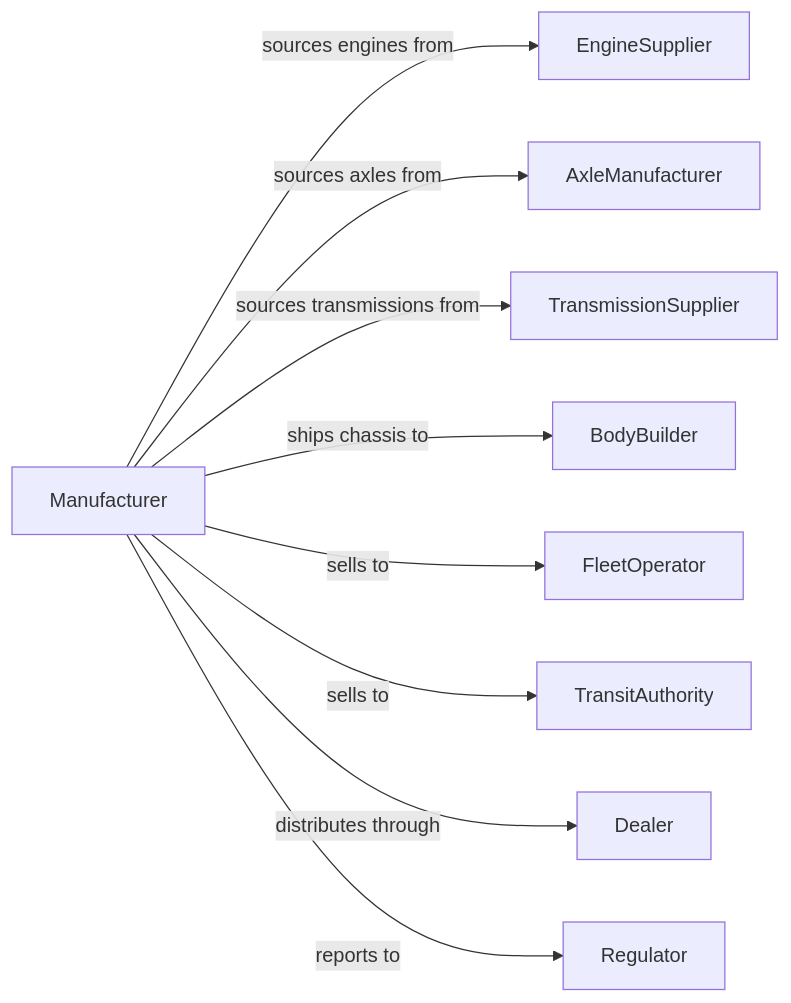
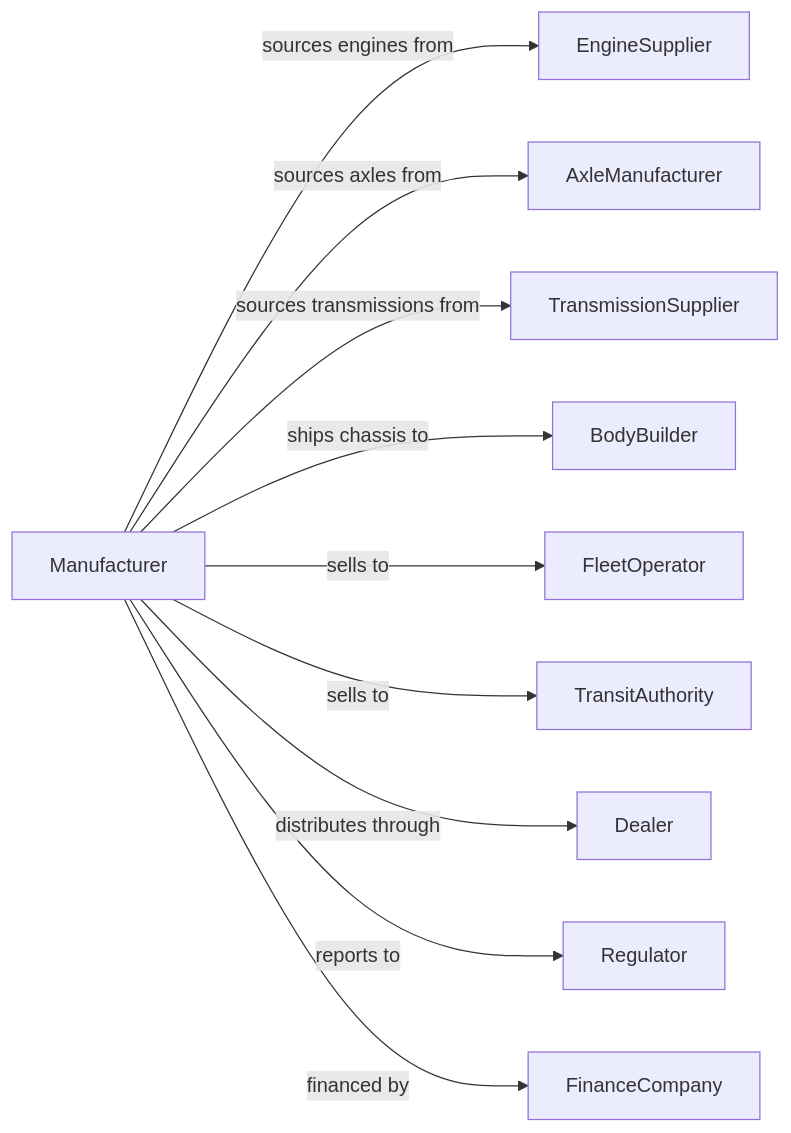
Before and after one commit to dot-org-ai/industries.org.ai: the second of 2 diagrams in Manufacturing/TransportationEquipmentManufacturing/MotorVehicleManufacturing/HeavyDutyTruckManufacturing.mdx, drawn with Mermaid. The commit also changed 588 other files, not shown here.

````diff
--- a/Manufacturing/TransportationEquipmentManufacturing/MotorVehicleManufacturing/HeavyDutyTruckManufacturing.mdx
+++ b/Manufacturing/TransportationEquipmentManufacturing/MotorVehicleManufacturing/HeavyDutyTruckManufacturing.mdx
@@ -126,13 +126,14 @@
 ```mermaid
 graph LR
     M[Manufacturer]
 
     M -->|sources engines from| EngineSupplier
     M -->|sources axles from| AxleManufacturer
     M -->|sources transmissions from| TransmissionSupplier
     M -->|ships chassis to| BodyBuilder
     M -->|sells to| FleetOperator
     M -->|sells to| TransitAuthority
     M -->|distributes through| Dealer
     M -->|reports to| Regulator
+    M -->|financed by| FinanceCompany
 ```
````
